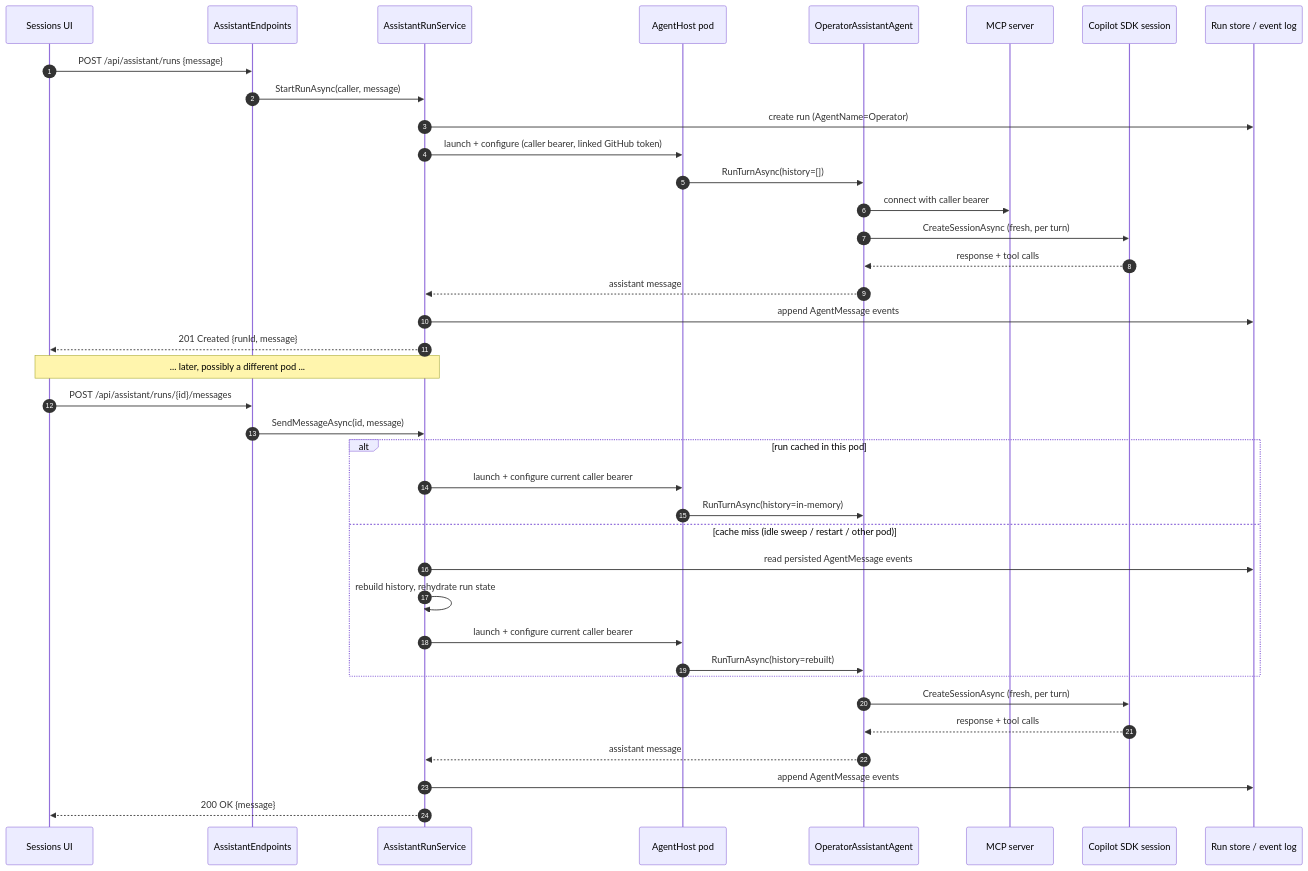
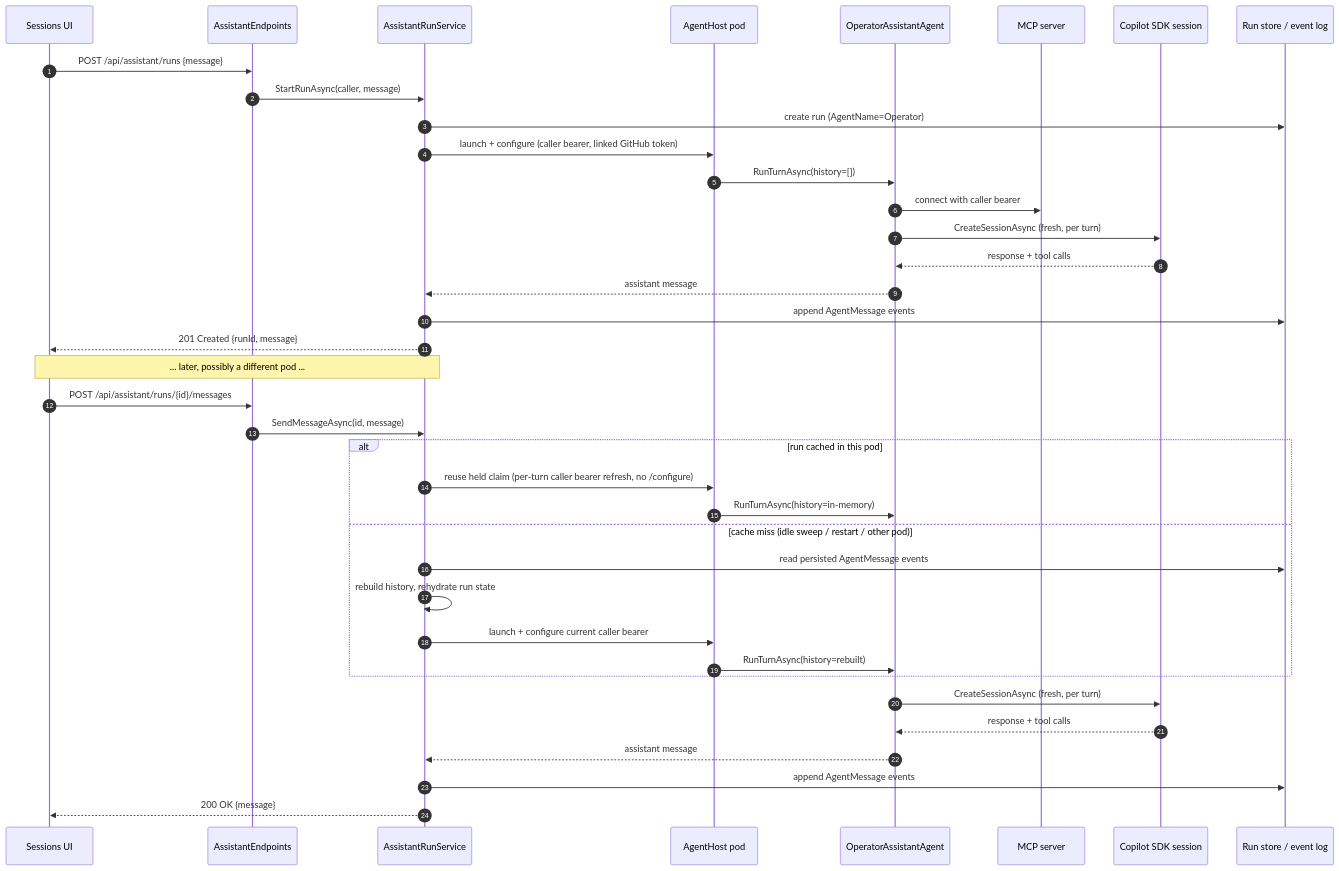
The diagram in docs/deep-dive/assistant-runtime.md (sabbour/agentweaver), drawn with Mermaid before and after one commit. The commit also changed other lines of this file and 14 other files, not shown here.

````diff
--- a/docs/deep-dive/assistant-runtime.md
+++ b/docs/deep-dive/assistant-runtime.md
@@ -23,43 +24,43 @@
 ```mermaid
 sequenceDiagram
     autonumber
     participant UI as Sessions UI
     participant EP as AssistantEndpoints
     participant SVC as AssistantRunService
     participant HOST as AgentHost pod
     participant AGT as OperatorAssistantAgent
     participant MCP as MCP server
     participant SDK as Copilot SDK session
     participant STORE as Run store / event log
 
     UI->>EP: POST /api/assistant/runs {message}
     EP->>SVC: StartRunAsync(caller, message)
     SVC->>STORE: create run (AgentName=Operator)
     SVC->>HOST: launch + configure (caller bearer, linked GitHub token)
     HOST->>AGT: RunTurnAsync(history=[])
     AGT->>MCP: connect with caller bearer
     AGT->>SDK: CreateSessionAsync (fresh, per turn)
     SDK-->>AGT: response + tool calls
     AGT-->>SVC: assistant message
     SVC->>STORE: append AgentMessage events
     SVC-->>UI: 201 Created {runId, message}
 
     Note over UI,SVC: ... later, possibly a different pod ...
 
     UI->>EP: POST /api/assistant/runs/{id}/messages
     EP->>SVC: SendMessageAsync(id, message)
     alt run cached in this pod
-        SVC->>HOST: launch + configure current caller bearer
+        SVC->>HOST: reuse held claim (per-turn caller bearer refresh, no /configure)
         HOST->>AGT: RunTurnAsync(history=in-memory)
     else cache miss (idle sweep / restart / other pod)
         SVC->>STORE: read persisted AgentMessage events
         SVC->>SVC: rebuild history, rehydrate run state
         SVC->>HOST: launch + configure current caller bearer
         HOST->>AGT: RunTurnAsync(history=rebuilt)
     end
     AGT->>SDK: CreateSessionAsync (fresh, per turn)
     SDK-->>AGT: response + tool calls
     AGT-->>SVC: assistant message
     SVC->>STORE: append AgentMessage events
     SVC-->>UI: 200 OK {message}
 ```
````
